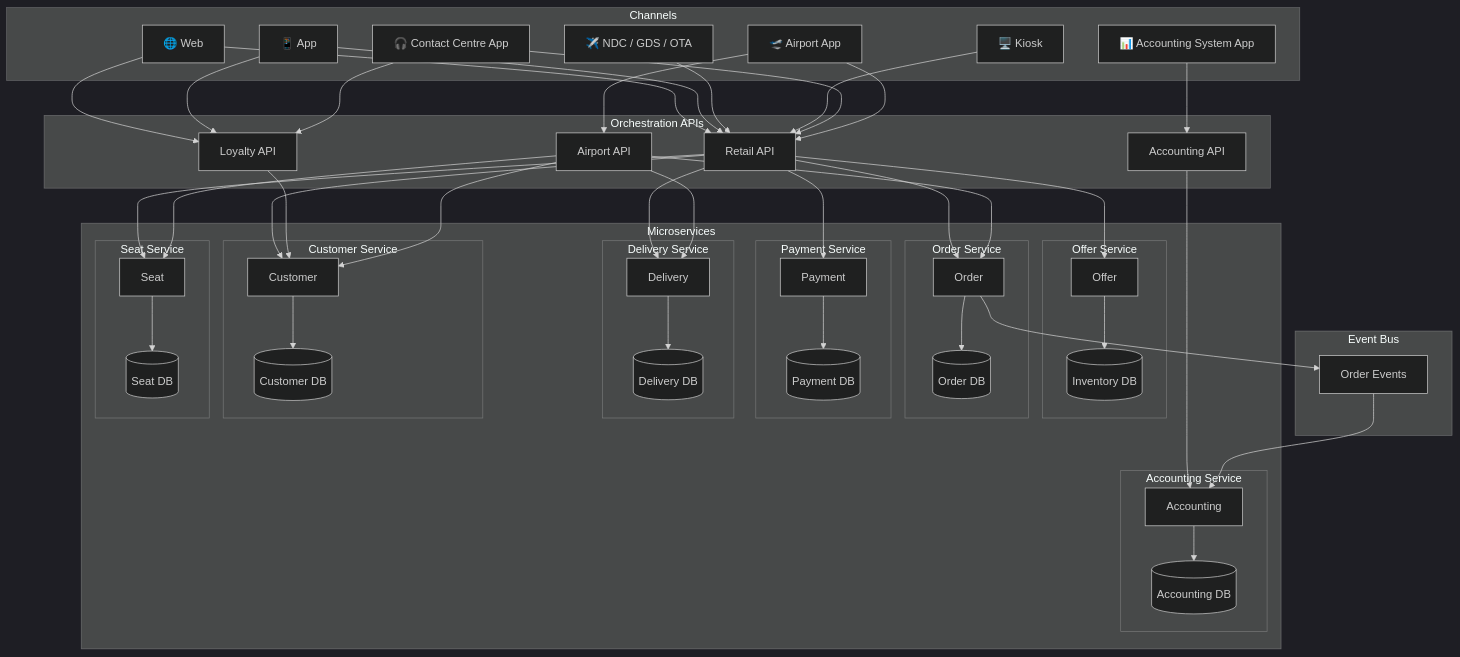
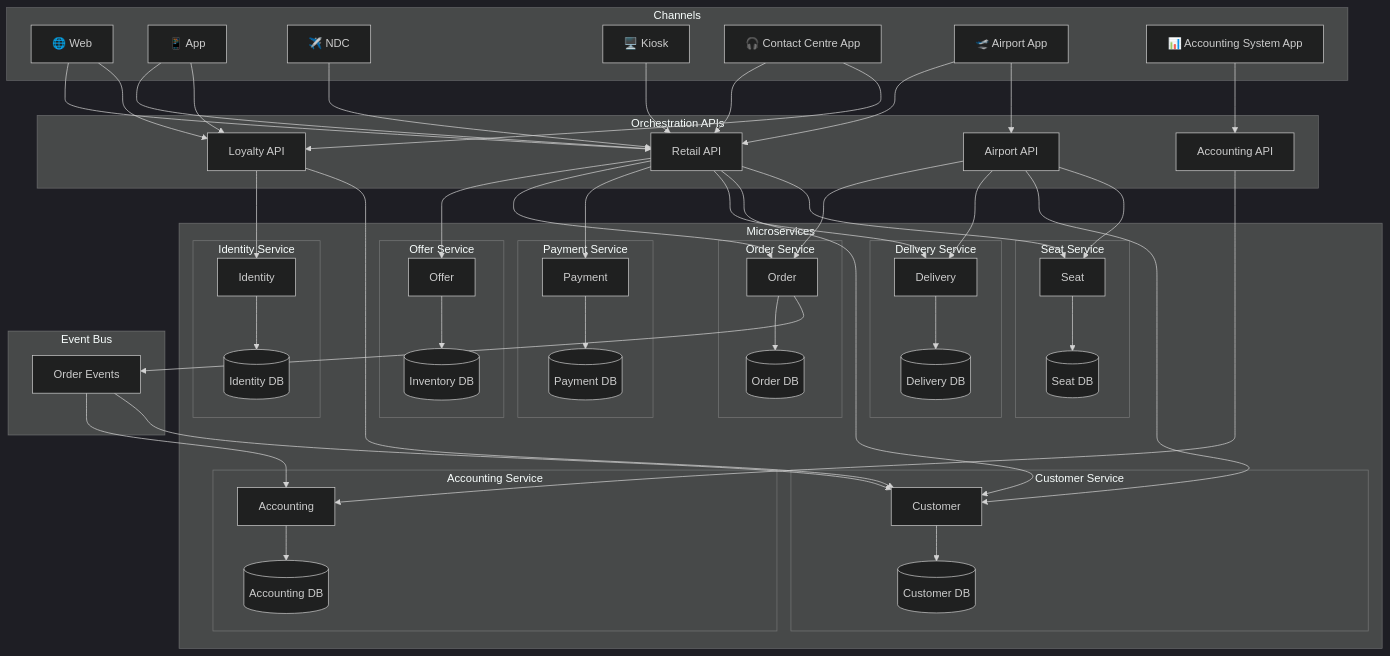
One commit to sebharvey/airline-reservation-system changed the first of 11 diagrams in architecture/design.md. Above: the diagram before and after it, drawn with Mermaid (dark theme). The commit also changed other lines of this file, not shown here.

First line of the commit message:
Enhance architecture with Identity service and customer details

````diff
--- a/architecture/design.md
+++ b/architecture/design.md
@@ -23,7 +24,7 @@
     subgraph Channels
         WEB[🌐 Web]
         APP[📱 App]
-        NDC[✈️ NDC / GDS / OTA]
+        NDC[✈️ NDC]
         KIOSK[🖥️ Kiosk]
         CC[🎧 Contact Centre App]
         AIRPORT[🛫 Airport App]
@@ -58,6 +59,11 @@
             DELIVERY_DB[(Delivery DB)]
         end
 
+        subgraph IDENTITY_SVC["Identity Service"]
+            IDENTITY[Identity]
+            IDENTITY_DB[(Identity DB)]
+        end
+
         subgraph CUSTOMER_SVC["Customer Service"]
             CUSTOMER[Customer]
             CUSTOMER_DB[(Customer DB)]
@@ -86,11 +92,12 @@
 
     %% Orchestration → Microservices
     RETAIL_API --> OFFER & ORDER & PAYMENT & DELIVERY & CUSTOMER & SEAT
-    LOYALTY_API --> CUSTOMER
+    LOYALTY_API --> IDENTITY & CUSTOMER
     AIRPORT_API --> ORDER & DELIVERY & CUSTOMER & SEAT
     ACCOUNTING_API --> ACCOUNTING
 
     %% Microservice → DB
+    IDENTITY --> IDENTITY_DB
     OFFER --> INV_DB
     ORDER --> ORDER_DB
     PAYMENT --> PAYMENT_DB
@@ -99,7 +106,8 @@
     ACCOUNTING --> ACCOUNTING_DB
     SEAT --> SEAT_DB
 
-    %% Eventing to Accounting
+    %% Eventing to Accounting and Customer
     ORDER --> EVT
     EVT --> ACCOUNTING
+    EVT --> CUSTOMER
 ```
````
